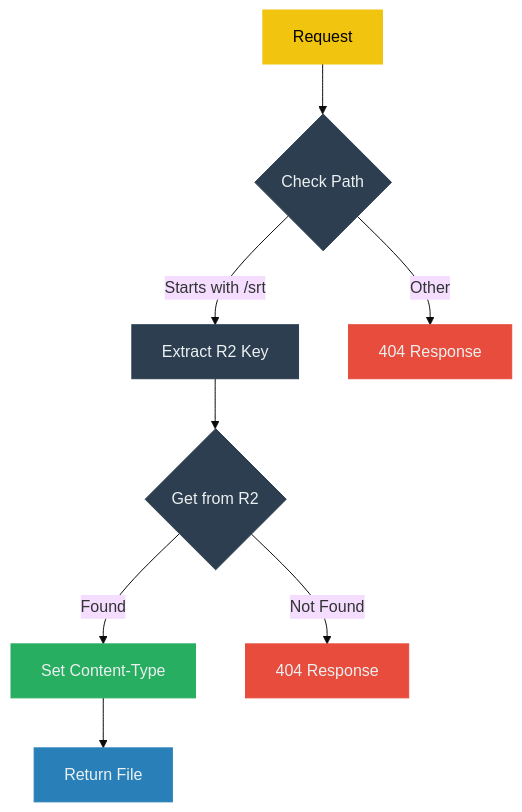
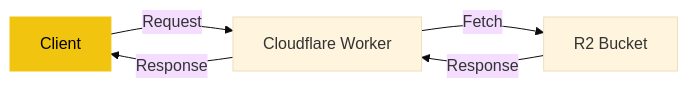
One commit to DeepSRT/deepsrt-provider changed the first of 2 diagrams in README.md. Above: the diagram before and after it, drawn with Mermaid (base theme). The commit also changed other lines of this file, not shown here.

````diff
--- a/README.md
+++ b/README.md
@@ -44,17 +48,9 @@
 ```mermaid
-flowchart TB
-    classDef default fill:#2C3E50,stroke:#2C3E50,color:#ECF0F1
-    classDef storage fill:#2980B9,stroke:#2980B9,color:#ECF0F1
-    classDef process fill:#27AE60,stroke:#27AE60,color:#ECF0F1
-    classDef error fill:#E74C3C,stroke:#E74C3C,color:#ECF0F1
-
-    A[Request] --> B{Check Path}
-    B -->|Starts with /srt| C[Extract R2 Key]
-    B -->|Other| D[404 Response]:::error
-    C --> E{Get from R2}
-    E -->|Found| F[Set Content-Type]:::process
-    E -->|Not Found| G[404 Response]:::error
-    F --> H[Return File]:::storage
-
+flowchart LR
+    A[Client] -->|Request| B[Cloudflare Worker]
+    B -->|Fetch| C[R2 Bucket]
+    C -->|Response| B
+    B -->|Response| A
+    
     style A fill:#F1C40F,stroke:#F1C40F,color:#000000
 ```
````
